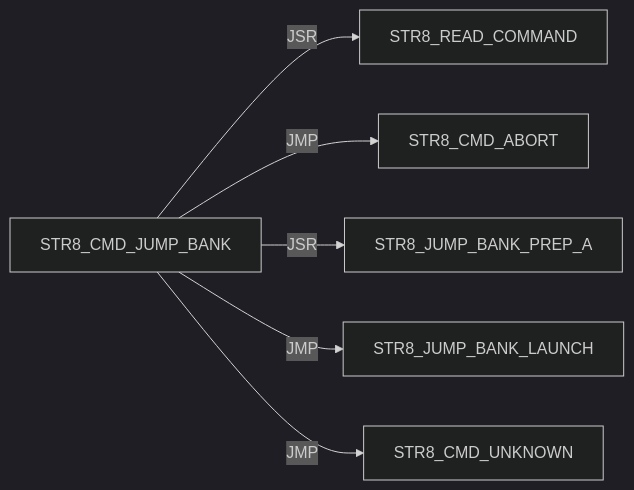
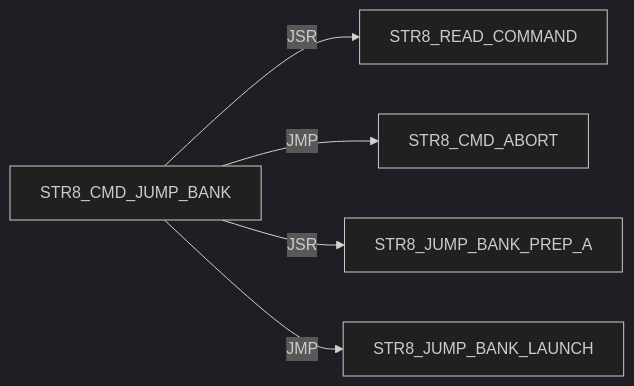
Before and after one commit to 95westus/R-YORS: diagram 36 of 41 in DOC/GUIDES/STR8/STR8_EDGE_DUMP.md, drawn with Mermaid (dark theme). The commit also changed other lines of this file and 17 other files, not shown here.

````diff
--- a/DOC/GUIDES/STR8/STR8_EDGE_DUMP.md
+++ b/DOC/GUIDES/STR8/STR8_EDGE_DUMP.md
@@ -514,8 +492,7 @@
 ```mermaid
 flowchart LR
     N0["STR8_CMD_JUMP_BANK"] -->|JSR| N1["STR8_READ_COMMAND"]
     N0["STR8_CMD_JUMP_BANK"] -->|JMP| N2["STR8_CMD_ABORT"]
     N0["STR8_CMD_JUMP_BANK"] -->|JSR| N3["STR8_JUMP_BANK_PREP_A"]
     N0["STR8_CMD_JUMP_BANK"] -->|JMP| N4["STR8_JUMP_BANK_LAUNCH"]
-    N0["STR8_CMD_JUMP_BANK"] -->|JMP| N5["STR8_CMD_UNKNOWN"]
 ```
````
